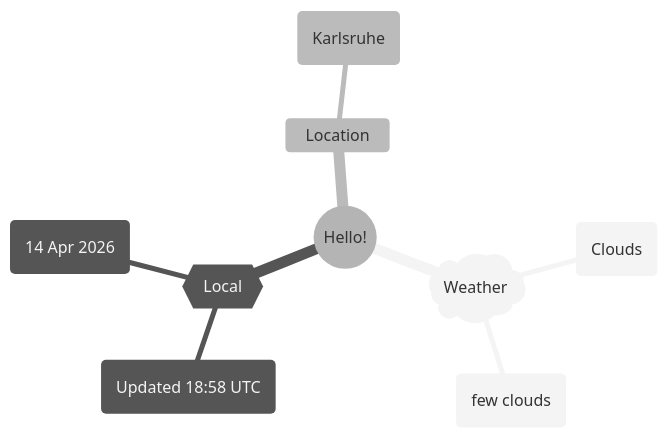
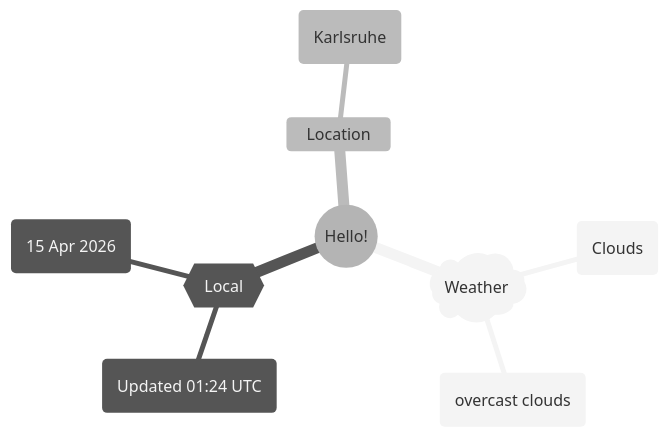
One commit to Xosrov/Xosrov changed the first of 2 diagrams in README.md. Above: the diagram before and after it, drawn with Mermaid (neutral theme).

Commit message:
[bot] updated images

````diff
--- a/README.md
+++ b/README.md
@@ -3,12 +3,12 @@
 ```mermaid
 mindmap
   root((Hello!))
     )Weather(
         (Clouds)
-        (few clouds)
+        (overcast clouds)
     {{Local}}
-        (Updated 18:58 UTC)
-        (14 Apr 2026)
+        (Updated 01:24 UTC)
+        (15 Apr 2026)
     Location
         (Karlsruhe)
 ```
````
